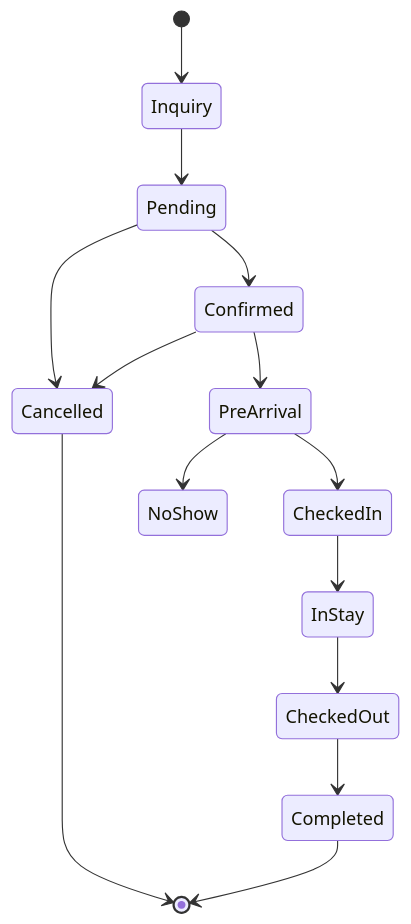
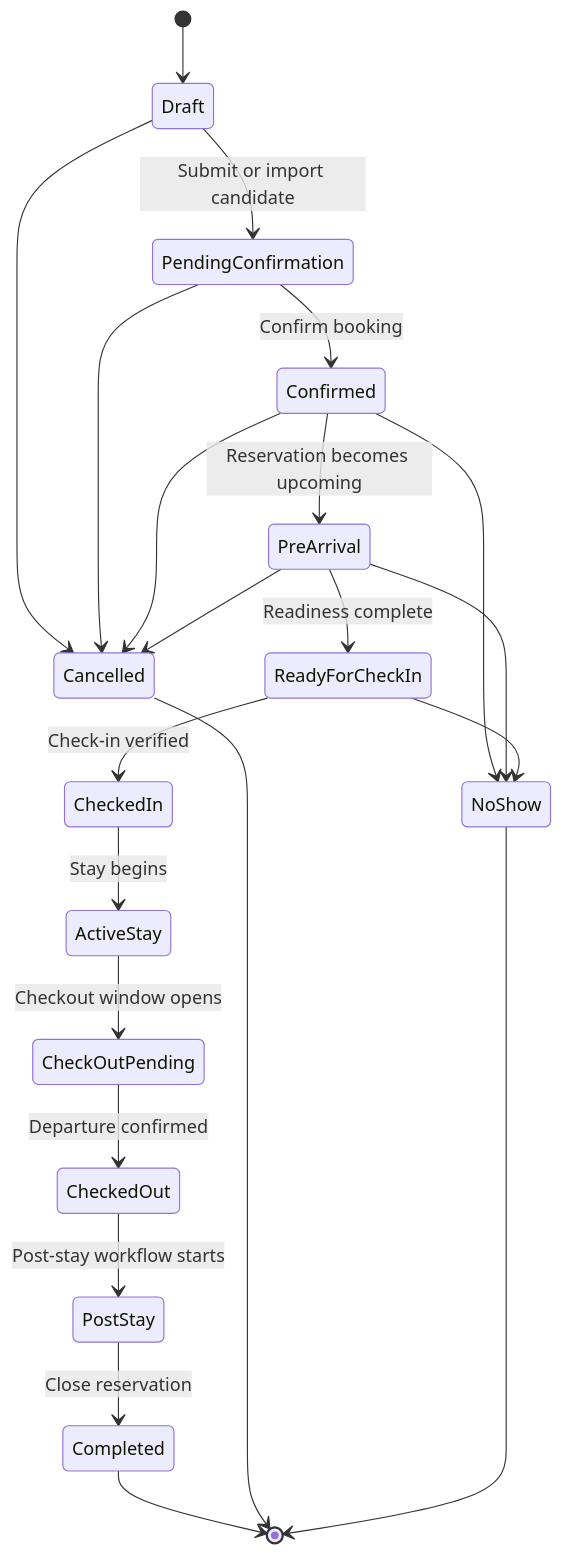
The diagram in docs/product/reservation/ReservationLifecycle.md (Bayomoustapha3730/stayflow-ai), drawn with Mermaid before and after one commit. The commit also changed other lines of this file and 15 other files, not shown here.

````diff
--- a/docs/product/reservation/ReservationLifecycle.md
+++ b/docs/product/reservation/ReservationLifecycle.md
@@ -54,16 +102,24 @@
 ```mermaid
 stateDiagram-v2
-    [*] --> Inquiry
-    Inquiry --> Pending
-    Pending --> Confirmed
-    Confirmed --> PreArrival
-    PreArrival --> CheckedIn
-    CheckedIn --> InStay
-    InStay --> CheckedOut
-    CheckedOut --> Completed
-    Pending --> Cancelled
+    [*] --> Draft
+    Draft --> PendingConfirmation: Submit or import candidate
+    PendingConfirmation --> Confirmed: Confirm booking
+    Confirmed --> PreArrival: Reservation becomes upcoming
+    PreArrival --> ReadyForCheckIn: Readiness complete
+    ReadyForCheckIn --> CheckedIn: Check-in verified
+    CheckedIn --> ActiveStay: Stay begins
+    ActiveStay --> CheckOutPending: Checkout window opens
+    CheckOutPending --> CheckedOut: Departure confirmed
+    CheckedOut --> PostStay: Post-stay workflow starts
+    PostStay --> Completed: Close reservation
+    Draft --> Cancelled
+    PendingConfirmation --> Cancelled
     Confirmed --> Cancelled
+    PreArrival --> Cancelled
+    Confirmed --> NoShow
     PreArrival --> NoShow
+    ReadyForCheckIn --> NoShow
+    Completed --> [*]
     Cancelled --> [*]
-    Completed --> [*]
+    NoShow --> [*]
 ```
````
